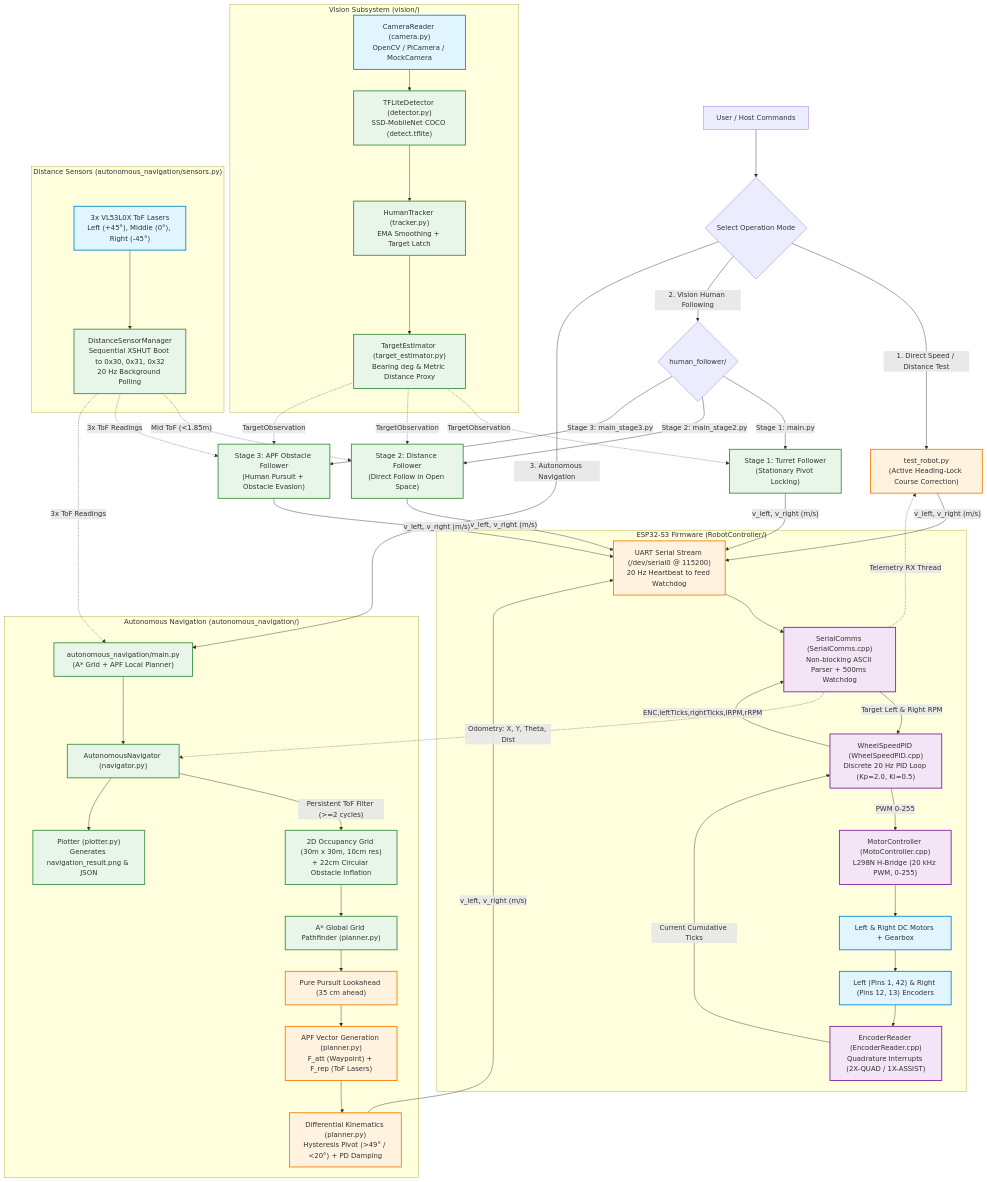
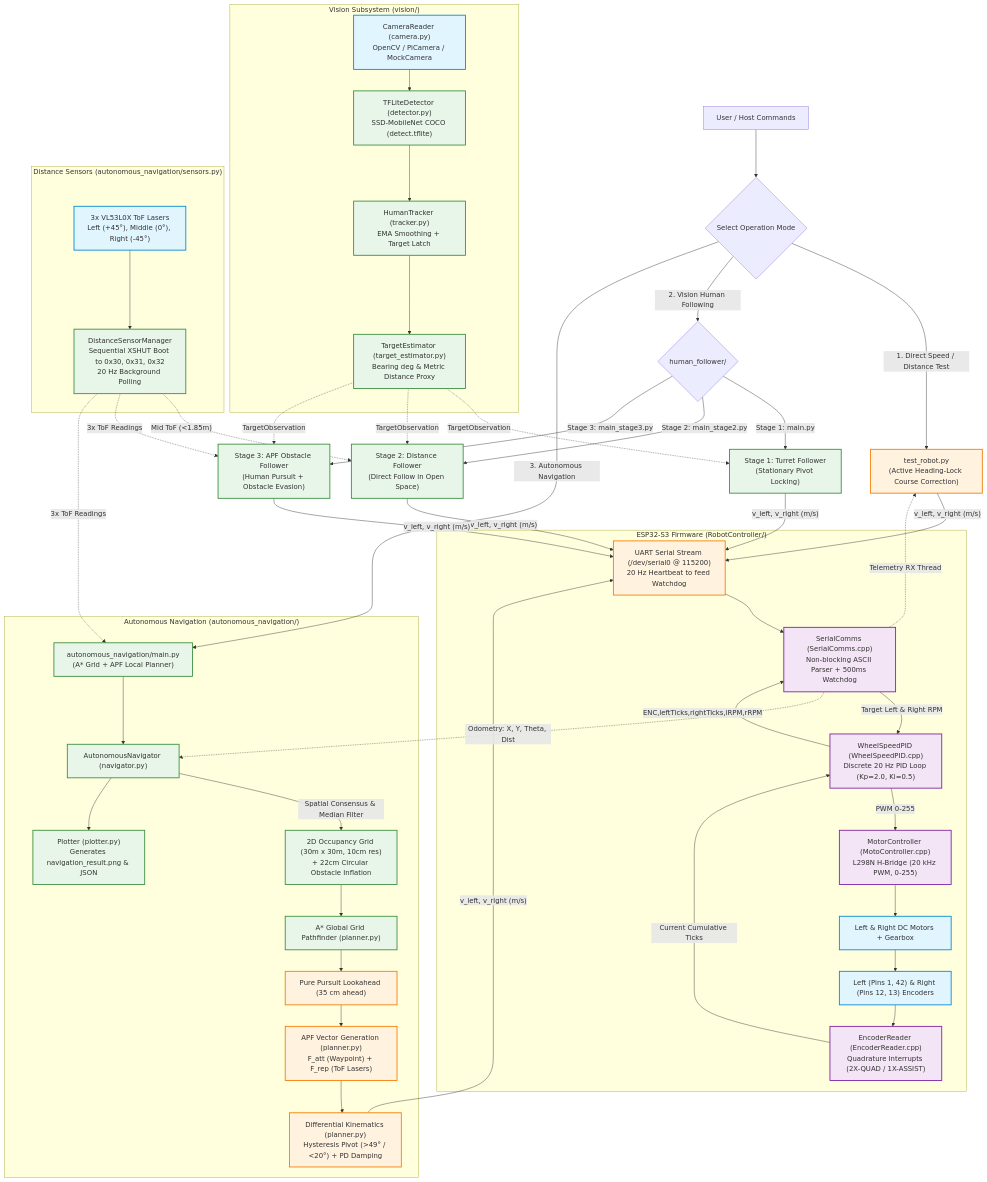
One commit to zzZee11/CNL2 changed the diagram in README.md. Above: the diagram before and after it, drawn with Mermaid. The commit also changed other lines of this file and 1 other file, not shown here.

```diff
--- a/README.md
+++ b/README.md
@@ -74,7 +74,7 @@
         Plotter["Plotter (plotter.py)\nGenerates navigation_result.png & JSON"]:::module
 
         NavEntry --> Nav_Mgr
-        Nav_Mgr -->|"Persistent ToF Filter (>=2 cycles)"| Grid
+        Nav_Mgr -->|"Spatial Consensus & Median Filter"| Grid
         Grid --> AStar
         AStar --> PurePursuit
         PurePursuit --> APF_Nav
```
